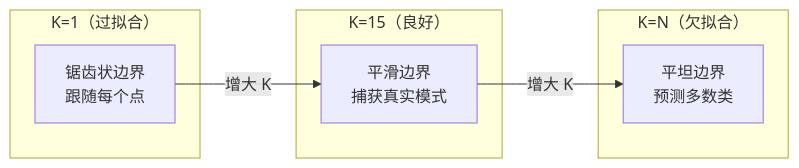
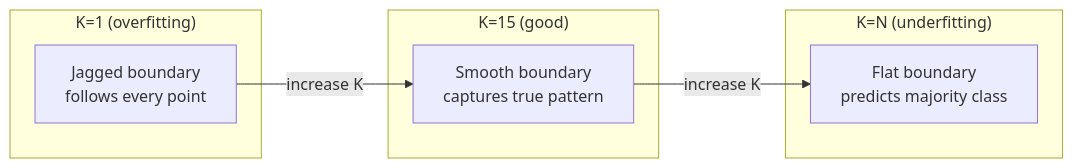
One commit to xiaojiaenen/ai-engineering-from-scratch-zh changed the second of 3 diagrams in i18n/zh/phases/02-ml-fundamentals/06-knn-and-distances/docs/zh.md. Above: the diagram before and after it, drawn with Mermaid. The commit also changed other lines of this file and 18 other files, not shown here.

````diff
--- a/i18n/zh/phases/02-ml-fundamentals/06-knn-and-distances/docs/zh.md
+++ b/i18n/zh/phases/02-ml-fundamentals/06-knn-and-distances/docs/zh.md
@@ -66,13 +66,13 @@
 ```mermaid
 graph LR
-    subgraph "K=1（过拟合）"
-        A["锯齿状边界<br>跟随每个点"]
+    subgraph "K=1 (overfitting)"
+        A["Jagged boundary<br>follows every point"]
     end
-    subgraph "K=15（良好）"
-        B["平滑边界<br>捕获真实模式"]
+    subgraph "K=15 (good)"
+        B["Smooth boundary<br>captures true pattern"]
     end
-    subgraph "K=N（欠拟合）"
-        C["平坦边界<br>预测多数类"]
+    subgraph "K=N (underfitting)"
+        C["Flat boundary<br>predicts majority class"]
     end
-    A -->|"增大 K"| B -->|"增大 K"| C
+    A -->|"increase K"| B -->|"increase K"| C
 ```
````
